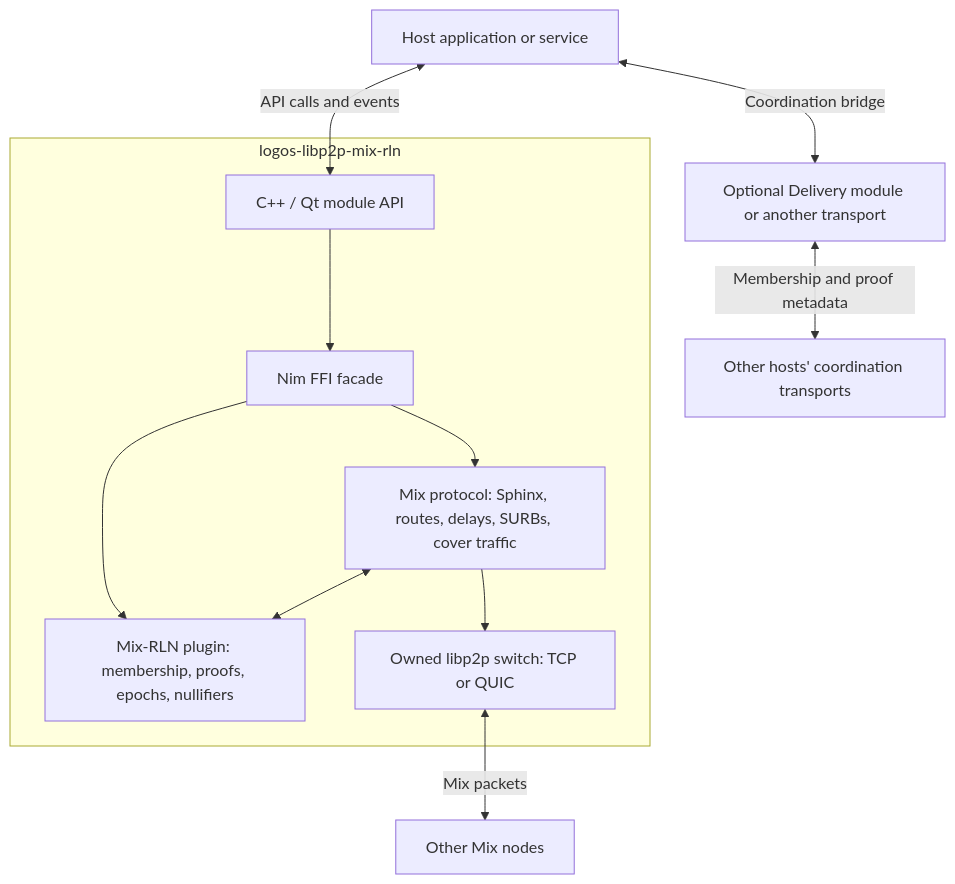
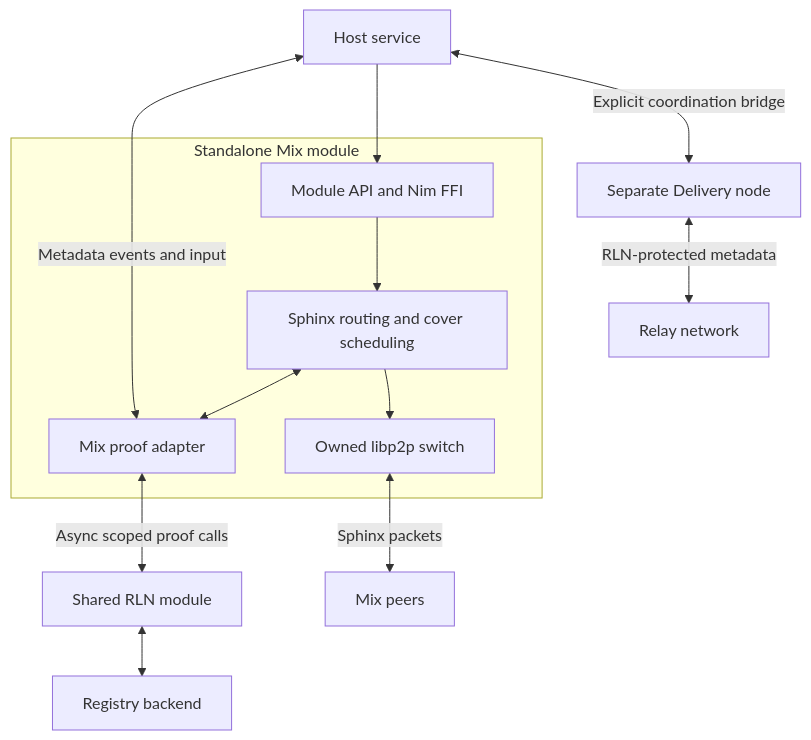
The first of 3 diagrams in README.md (logos-co/logos-libp2p-mix-rln), drawn with Mermaid before and after one commit. The commit also changed other lines of this file and 18 other files, not shown here.

Commit message:
feat(rln): integrate shared proofs and native Delivery Mix

````diff
--- a/README.md
+++ b/README.md
@@ -64,20 +27,20 @@
 ```mermaid
 flowchart TB
-    Host["Host application or service"]
-    subgraph Module["logos-libp2p-mix-rln"]
-        API["C++ / Qt module API"]
-        FFI["Nim FFI facade"]
-        Mix["Mix protocol: Sphinx, routes, delays, SURBs, cover traffic"]
-        RLN["Mix-RLN plugin: membership, proofs, epochs, nullifiers"]
-        Switch["Owned libp2p switch: TCP or QUIC"]
-        API --> FFI
-        FFI --> Mix
-        FFI --> RLN
-        Mix <--> RLN
+    Host[Host service]
+    subgraph Standalone[Standalone Mix module]
+        API[Module API and Nim FFI]
+        Mix[Sphinx routing and cover scheduling]
+        Adapter[Mix proof adapter]
+        Switch[Owned libp2p switch]
+        API --> Mix
+        Mix <--> Adapter
         Mix --> Switch
     end
-    Host <-->|"API calls and events"| API
-    Switch <-->|"Mix packets"| Peers["Other Mix nodes"]
-    Host <-->|"Coordination bridge"| Transport["Optional Delivery module or another transport"]
-    Transport <-->|"Membership and proof metadata"| Remote["Other hosts' coordination transports"]
+    Host --> API
+    Adapter <-->|Async scoped proof calls| RLN[Shared RLN module]
+    RLN <--> Registry[Registry backend]
+    Switch <-->|Sphinx packets| Peers[Mix peers]
+    Adapter <-->|Metadata events and input| Host
+    Host <-->|Explicit coordination bridge| Delivery[Separate Delivery node]
+    Delivery <-->|RLN-protected metadata| Relay[Relay network]
 ```
````
